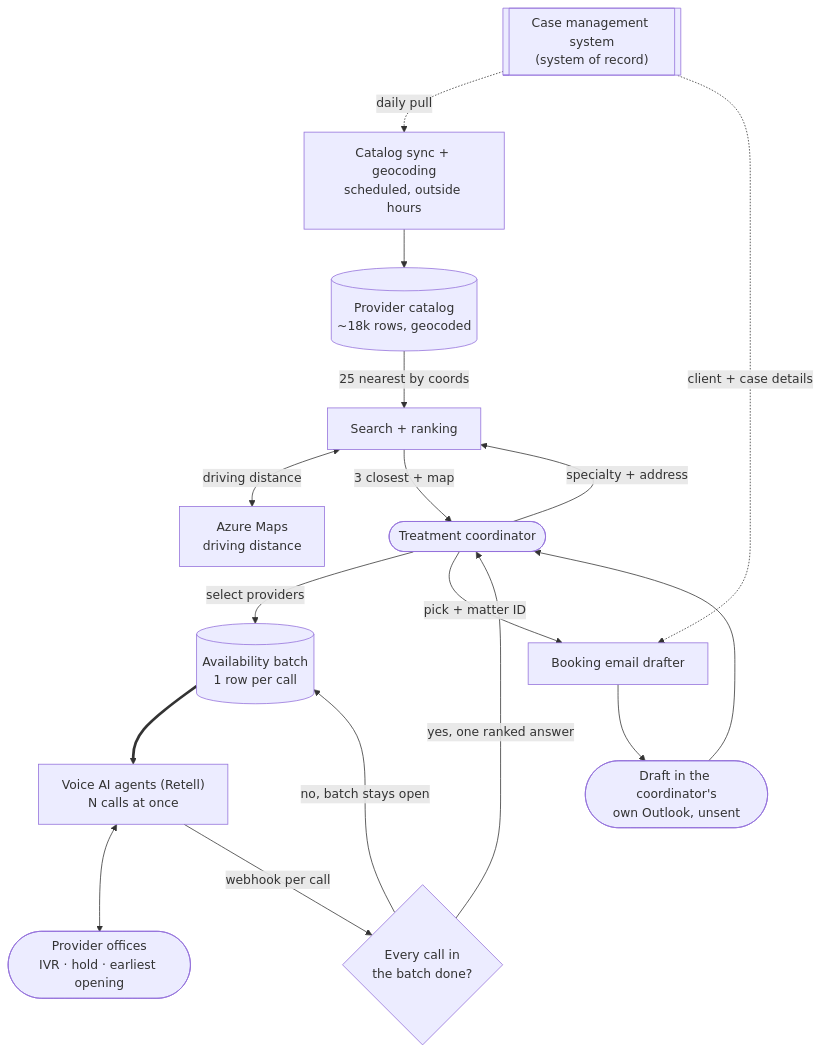
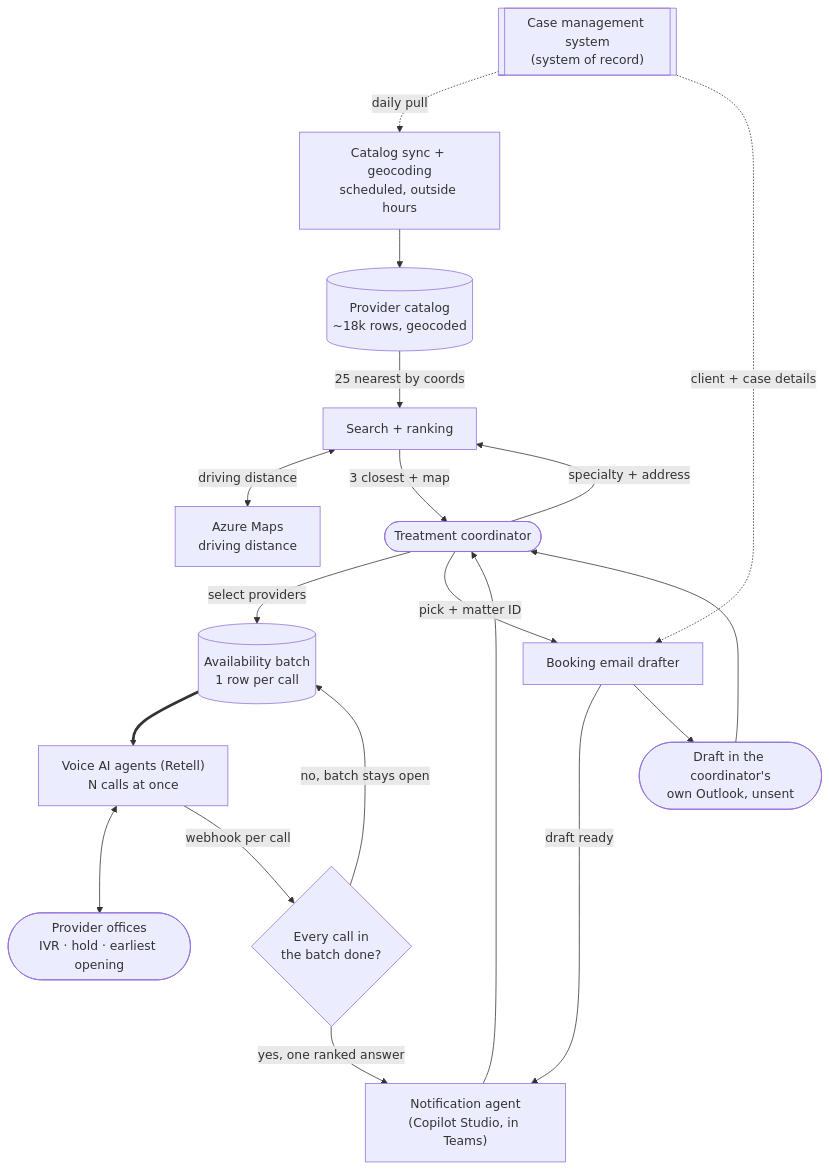
One commit to laraderosa-lab/laraderosa-solutions changed the diagram in medical-provider-selection/README.md. Above: the diagram before and after it, drawn with Mermaid. The commit also changed other lines of this file and 1 other file, not shown here.

First line of the commit message:
Provider selection: the Copilot agent notifies, Teams is where it lands

````diff
--- a/medical-provider-selection/README.md
+++ b/medical-provider-selection/README.md
@@ -153,31 +155,34 @@
 ```mermaid
 flowchart TB
   cms[["Case management system<br/>(system of record)"]]
   treater(["Treatment coordinator"])
 
   sync["Catalog sync + geocoding<br/>scheduled, outside hours"]
   cat[("Provider catalog<br/>~18k rows, geocoded")]
   maps["Azure Maps<br/>driving distance"]
   search["Search + ranking"]
   batch[("Availability batch<br/>1 row per call")]
   voice["Voice AI agents (Retell)<br/>N calls at once"]
   offices(["Provider offices<br/>IVR · hold · earliest opening"])
   gate{"Every call in<br/>the batch done?"}
+  notify["Notification agent<br/>(Copilot Studio, in Teams)"]
   draft["Booking email drafter"]
   out(["Draft in the coordinator's<br/>own Outlook, unsent"])
 
   cms -.->|"daily pull"| sync --> cat
   treater -->|"specialty + address"| search
   cat -->|"25 nearest by coords"| search
   search <-->|"driving distance"| maps
   search -->|"3 closest + map"| treater
   treater -->|"select providers"| batch
   batch ==> voice
   voice <--> offices
   voice -->|"webhook per call"| gate
   gate -->|"no, batch stays open"| batch
-  gate -->|"yes, one ranked answer"| treater
+  gate -->|"yes, one ranked answer"| notify
+  notify --> treater
   treater -->|"pick + matter ID"| draft
   cms -.->|"client + case details"| draft
+  draft -->|"draft ready"| notify
   draft --> out --> treater
 ```
````
